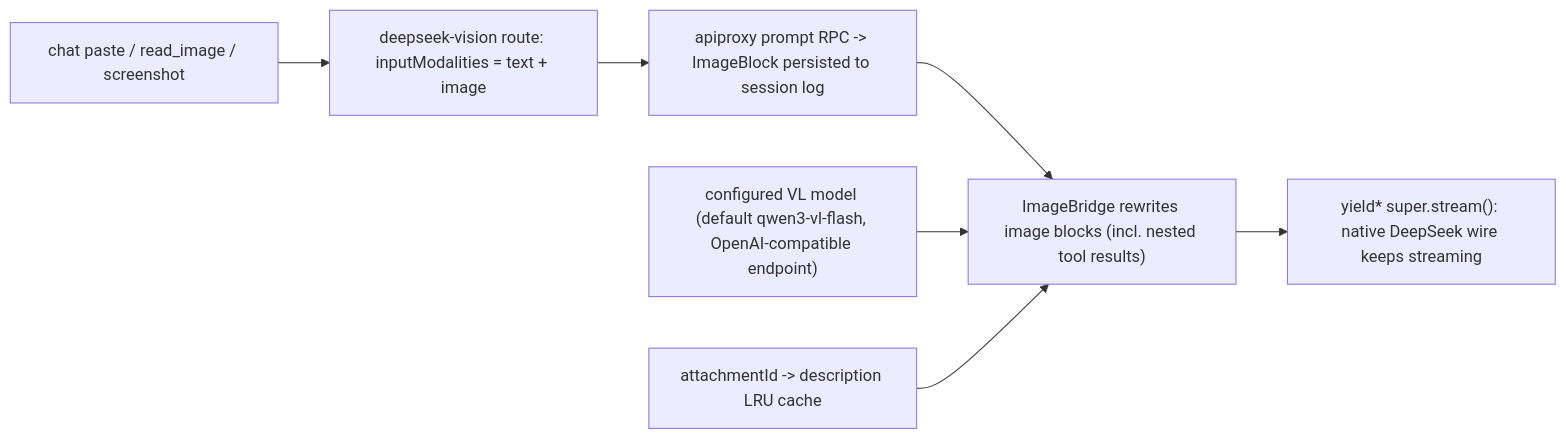
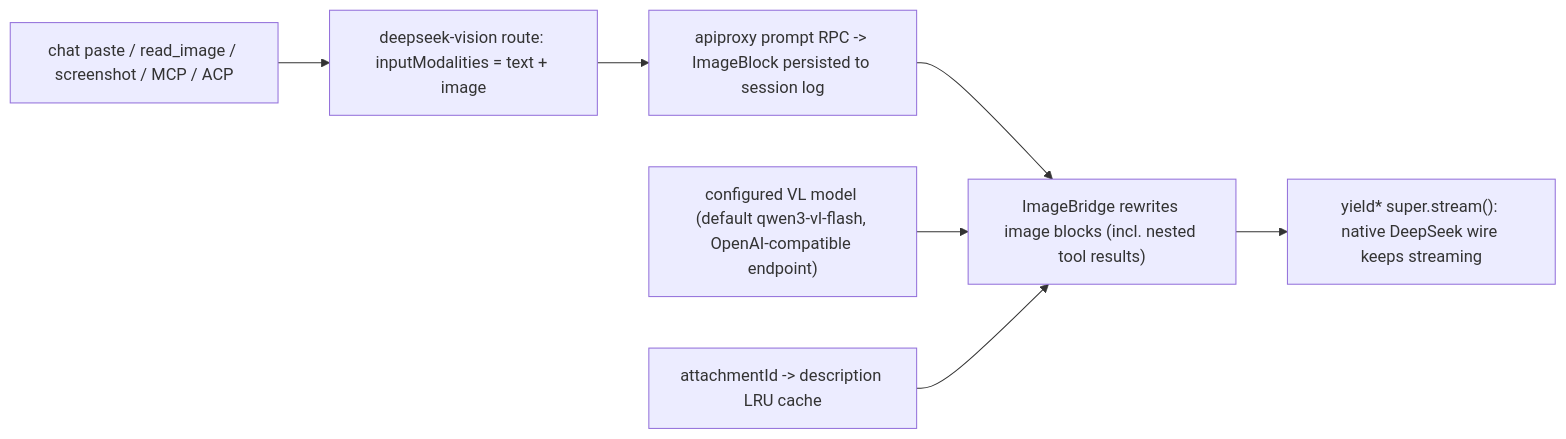
Before and after one commit to siegfly/dsh-deepseek-vision: the diagram in README.en.md, drawn with Mermaid. The commit also changed other lines of this file and 2 other files, not shown here.

First line of the commit message:
test(docs): pin MCP tool-result and ACP inline image-source coverage

````diff
--- a/README.en.md
+++ b/README.en.md
@@ -143,9 +144,9 @@
 ```mermaid
 flowchart LR
-    User["chat paste / read_image / screenshot"] --> Gate["deepseek-vision route: inputModalities = text + image"]
+    User["chat paste / read_image / screenshot / MCP / ACP"] --> Gate["deepseek-vision route: inputModalities = text + image"]
     Gate --> Persist["apiproxy prompt RPC -> ImageBlock persisted to session log"]
     Persist --> Bridge["ImageBridge rewrites image blocks (incl. nested tool results)"]
     VL["configured VL model (default qwen3-vl-flash, OpenAI-compatible endpoint)"] --> Bridge
     Cache["attachmentId -> description LRU cache"] --> Bridge
     Bridge --> Stream["yield* super.stream(): native DeepSeek wire keeps streaming"]
 ```
````
